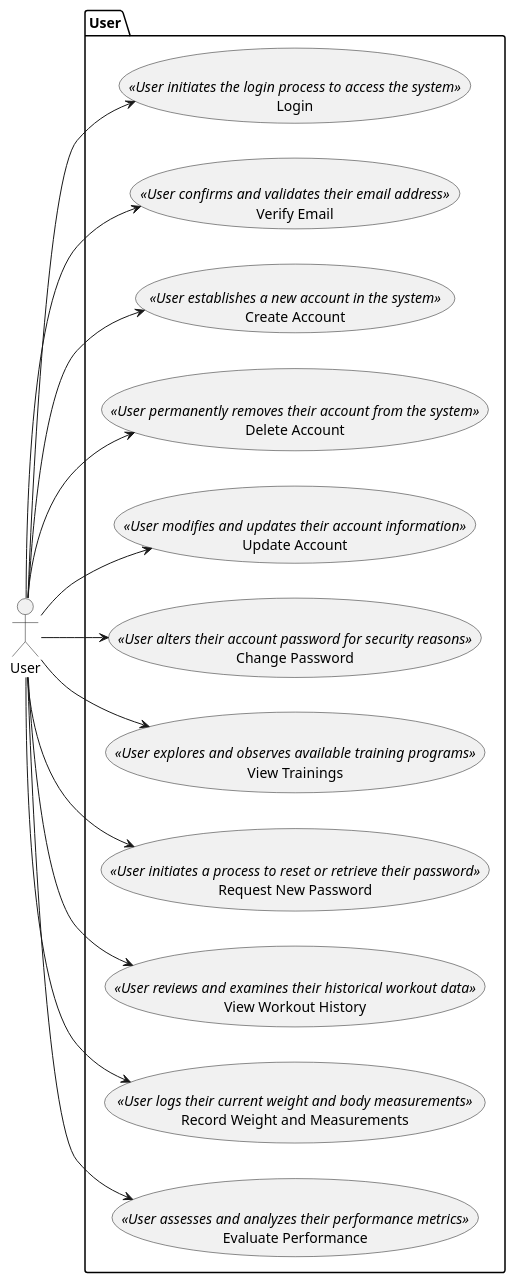
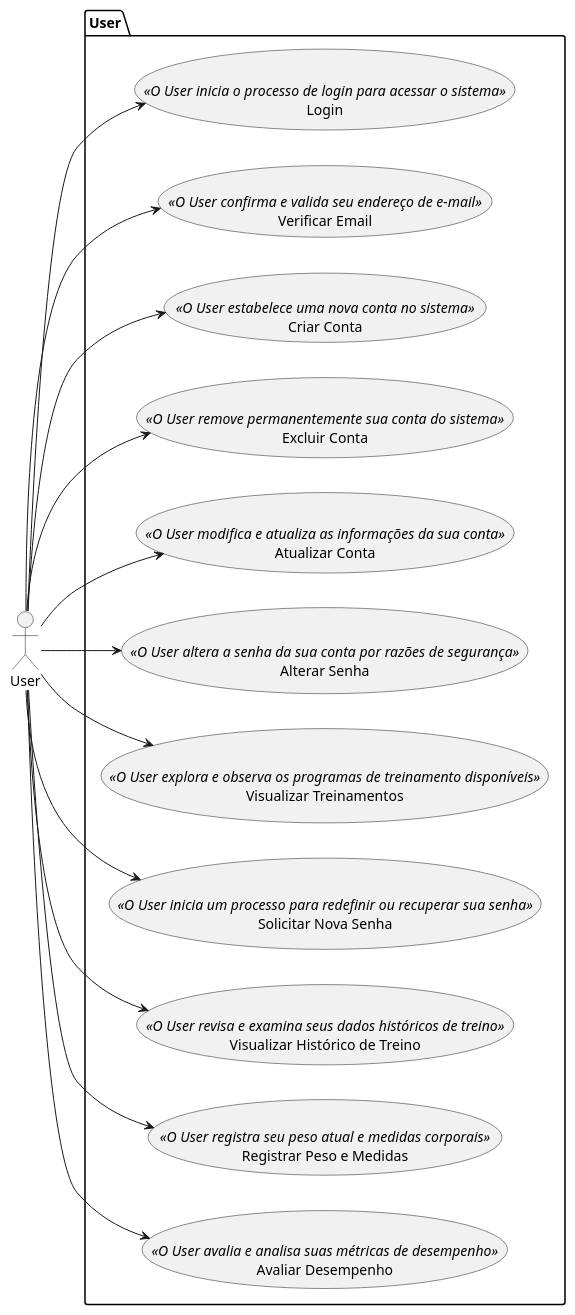
One commit to LucasReisV1337/api-gym changed the diagram in uml/User/usecases/index.wsd. Above: the diagram before and after it, drawn with PlantUML. The commit also changed 10 other files, not shown here.

```diff
--- a/uml/User/usecases/index.wsd
+++ b/uml/User/usecases/index.wsd
@@ -1,41 +1,41 @@
 @startuml
 left to right direction
 
 actor User as u
 
 package "User" {
-  usecase "Login" as UC1 <<User initiates the login process to access the system>>
+  usecase "Login" as UC1 <<O User inicia o processo de login para acessar o sistema>>
 
-  usecase "Verify Email" as UC2 <<User confirms and validates their email address>>
+  usecase "Verificar Email" as UC2 <<O User confirma e valida seu endereço de e-mail>>
 
-  usecase "Create Account" as UC3 <<User establishes a new account in the system>>
+  usecase "Criar Conta" as UC3 <<O User estabelece uma nova conta no sistema>>
 
-  usecase "Delete Account" as UC4 <<User permanently removes their account from the system>>
+  usecase "Excluir Conta" as UC4 <<O User remove permanentemente sua conta do sistema>>
 
-  usecase "Update Account" as UC5 <<User modifies and updates their account information>>
+  usecase "Atualizar Conta" as UC5 <<O User modifica e atualiza as informações da sua conta>>
 
-  usecase "Change Password" as UC6 <<User alters their account password for security reasons>>
+  usecase "Alterar Senha" as UC6 <<O User altera a senha da sua conta por razões de segurança>>
 
-  usecase "View Trainings" as UC7 <<User explores and observes available training programs>>
+  usecase "Visualizar Treinamentos" as UC7 <<O User explora e observa os programas de treinamento disponíveis>>
 
-  usecase "Request New Password" as UC8 <<User initiates a process to reset or retrieve their password>>
+  usecase "Solicitar Nova Senha" as UC8 <<O User inicia um processo para redefinir ou recuperar sua senha>>
 
-  usecase "View Workout History" as UC9 <<User reviews and examines their historical workout data>>
+  usecase "Visualizar Histórico de Treino" as UC9 <<O User revisa e examina seus dados históricos de treino>>
 
-  usecase "Record Weight and Measurements" as UC10 <<User logs their current weight and body measurements>>
+  usecase "Registrar Peso e Medidas" as UC10 <<O User registra seu peso atual e medidas corporais>>
 
-  usecase "Evaluate Performance" as UC11 <<User assesses and analyzes their performance metrics>>
+  usecase "Avaliar Desempenho" as UC11 <<O User avalia e analisa suas métricas de desempenho>>
 }
 
 u --> UC1
 u --> UC2
 u --> UC3
 u --> UC4
 u --> UC5
 u --> UC6
 u --> UC7
 u --> UC8
 u --> UC9
 u --> UC10
 u --> UC11
 @enduml
```
